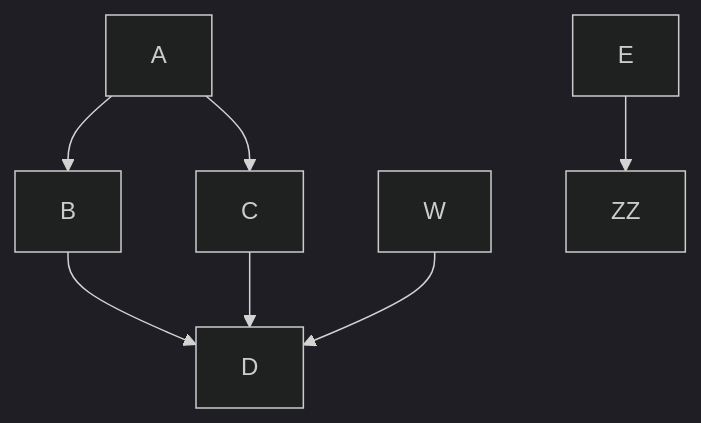
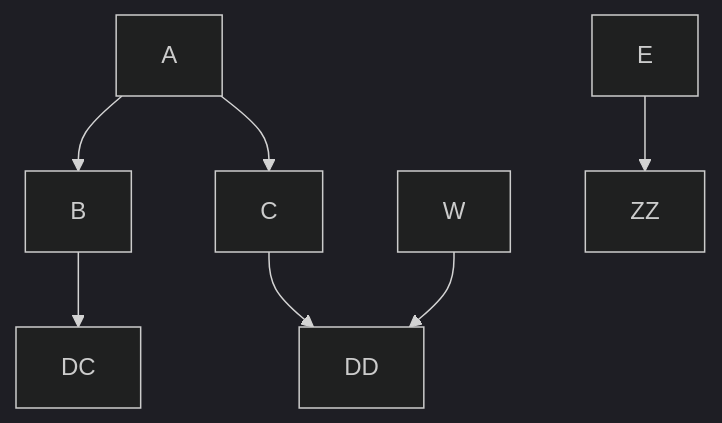
Before and after one commit to omar-binary/mermaid-markdown-test: the second of 2 diagrams in test/flow_inline_test.md, drawn with Mermaid (dark theme). The commit also changed 1 other file, not shown here.

Commit message:
test2 (#3)
* more changes

* let's remove it

* and rename this

* ups

````diff
--- a/test/flow_inline_test.md
+++ b/test/flow_inline_test.md
@@ -18,9 +18,9 @@
 ```mermaid
 graph TD;
     A-->B;
     A-->C;
-    B-->D;
-    C-->D;
-    W-->D;
+    B-->DC;
+    C-->DD;
+    W-->DD;
     E-->ZZ;
 ```
````
